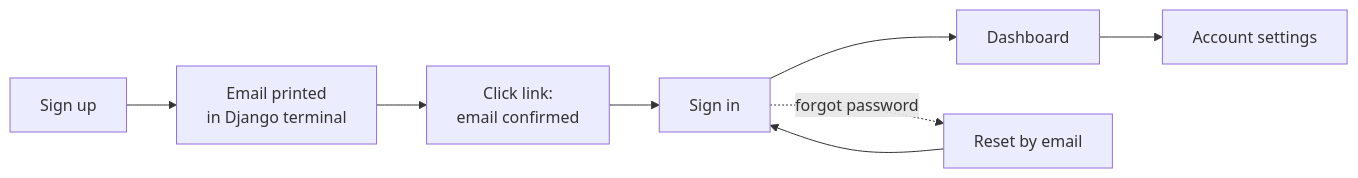
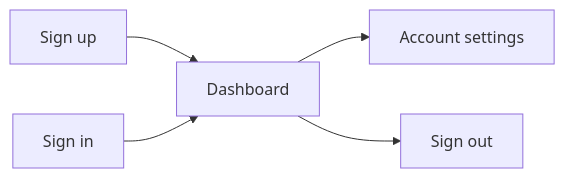
The first of 4 diagrams in docs/guide-for-juniors.md (AGENTSdotNE/cohort), drawn with Mermaid before and after one commit. The commit also changed other lines of this file and 17 other files, not shown here.

````diff
--- a/docs/guide-for-juniors.md
+++ b/docs/guide-for-juniors.md
@@ -78,10 +77,7 @@
 ```mermaid
 flowchart LR
-    A[Sign up] --> B[Email printed<br/>in Django terminal]
-    B --> C[Click link:<br/>email confirmed]
-    C --> D[Sign in]
-    D --> E[Dashboard]
+    A[Sign up] --> E[Dashboard]
+    D[Sign in] --> E
     E --> F[Account settings]
-    D -. forgot password .-> G[Reset by email]
-    G --> D
+    E --> S[Sign out]
 ```
````
